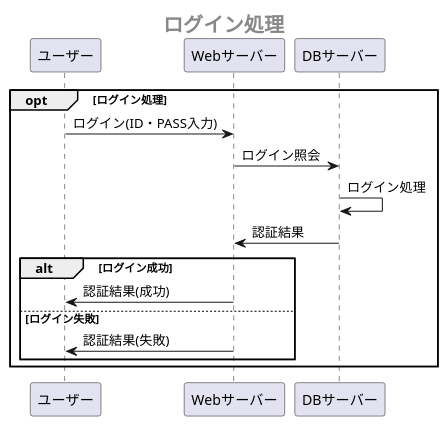
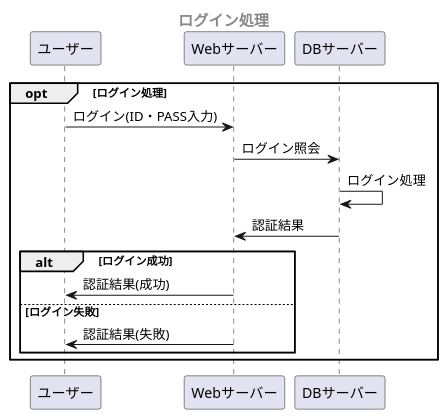
Before and after one commit to Aso2001163/2021sys-design-2: the third of 5 diagrams in システム開発/業務フロー/業務フロー.md, drawn with PlantUML. The commit also changed other lines of this file, not shown here.

````diff
--- a/システム開発/業務フロー/業務フロー.md
+++ b/システム開発/業務フロー/業務フロー.md
@@ -64,18 +64,18 @@
 ```uml
 @startuml
- center header <size:20><b>ログイン処理</b></size>
+ center header <size:15><b>ログイン処理</b></size>
  opt ログイン処理
 ユーザー -> Webサーバー : ログイン(ID・PASS入力)
 Webサーバー -> DBサーバー : ログイン照会
 DBサーバー -> DBサーバー : ログイン処理
 DBサーバー -> Webサーバー : 認証結果
 
 alt ログイン成功
 Webサーバー -> ユーザー : 認証結果(成功)
 else ログイン失敗
 Webサーバー -> ユーザー : 認証結果(失敗)
 end
 end
   
 @enduml
 ```
````
